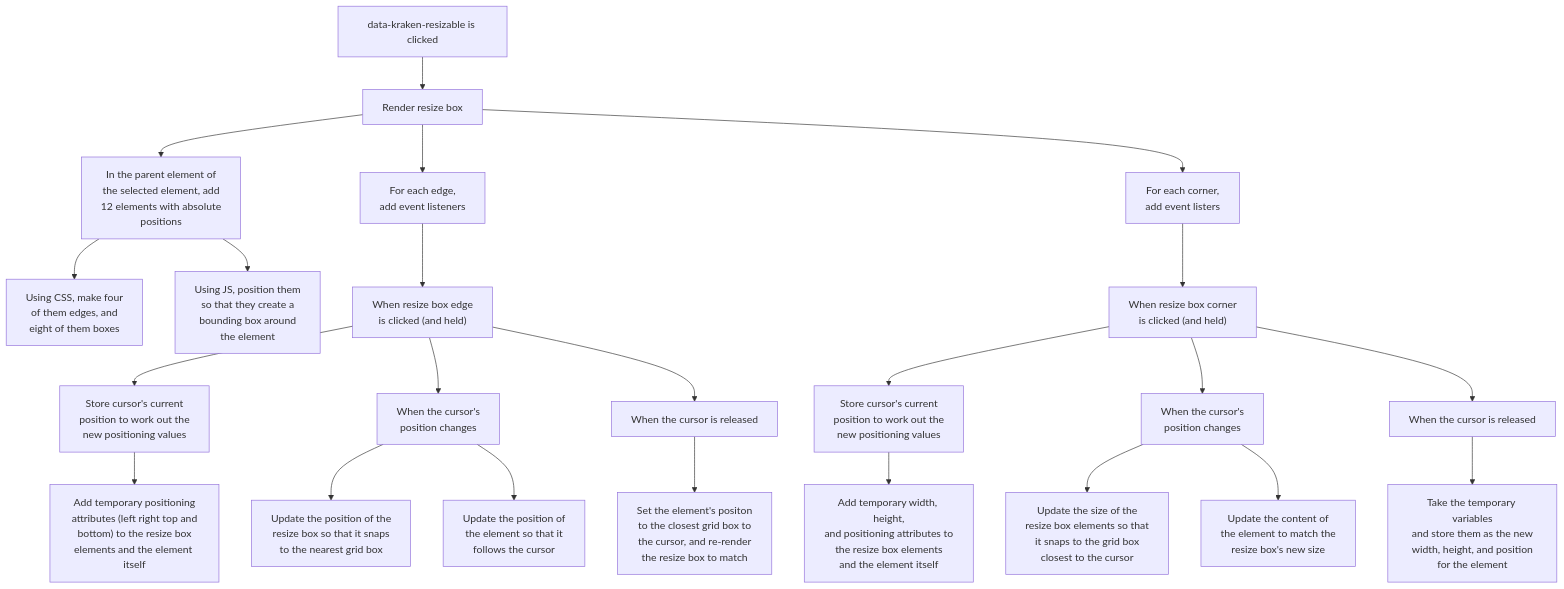
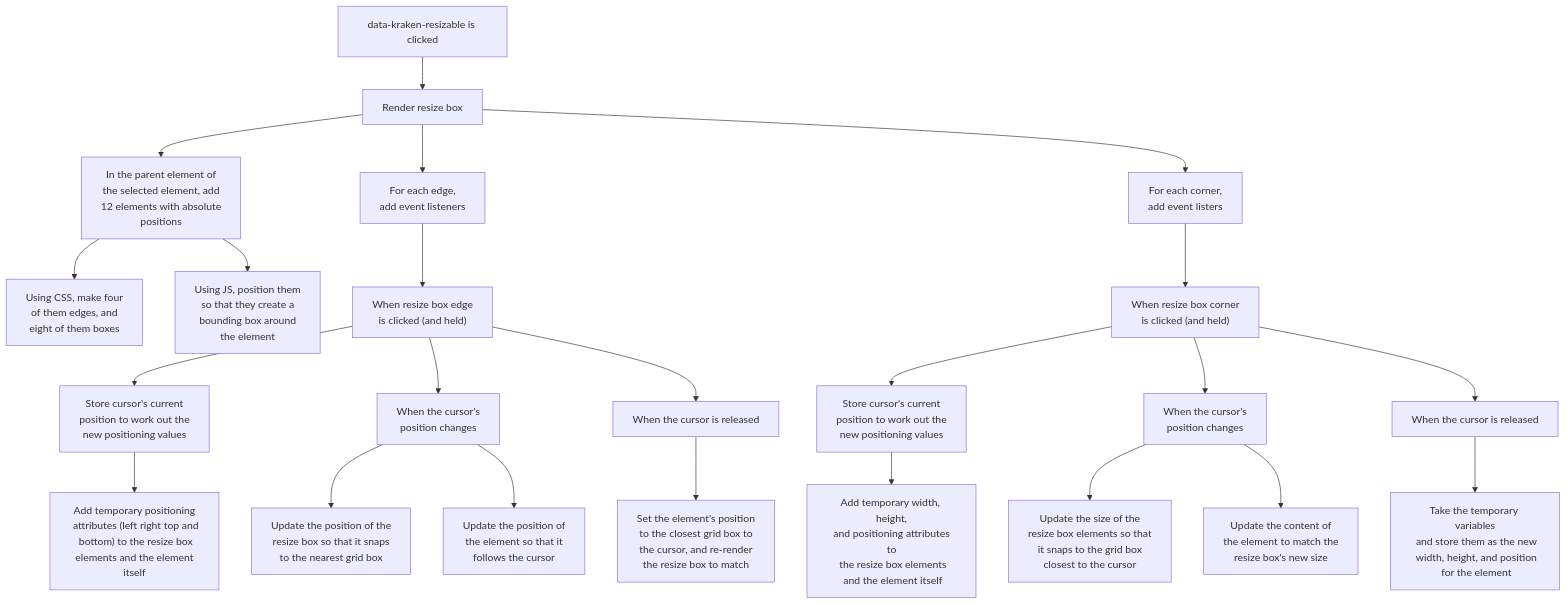
One commit to tomgxz/Kraken changed the fourth of 4 diagrams in README.md. Above: the diagram before and after it, drawn with Mermaid.

Commit message:
Added spaces

````diff
--- a/README.md
+++ b/README.md
@@ -451,31 +451,31 @@
 ```mermaid
 graph TD
     A[data-kraken-resizable is clicked] --> B[Render resize box]
 
     B --> a["In the parent element of\n the selected element, add\n 12 elements with absolute\n positions"]
     a --> b["Using CSS, make four\n of them edges, and\n eight of them boxes"]
     a --> c["Using JS, position them\n so that they create a\n bounding box around\n the element"]
 
 
-    B --> D["For each edge,\nadd event listeners"]
+    B --> D["For each edge,\n add event listeners"]
 
     D --> M["When resize box edge\nis clicked (and held)"]
-    M --> N["Store cursor's current\nposition to work out the\nnew positioning values"]
-    N --> O["Add temporary positioning\nattributes (left right top and\nbottom) to the resize box\nelements and the element itself"]
-    M --> P["When the cursor's\nposition changes"]
+    M --> N["Store cursor's current\n position to work out the\n new positioning values"]
+    N --> O["Add temporary positioning\n attributes (left right top and\n bottom) to the resize box\n elements and the element itself"]
+    M --> P["When the cursor's\n position changes"]
     P --> Q["Update the position of the\n resize box so that it snaps\n to the nearest grid box"]
     P --> R["Update the position of\n the element so that it\n follows the cursor"]
     M --> S["When the cursor is released"]
-    S --> T["Set the element's positon\nto the closest grid box to\nthe cursor, and re-render\nthe resize box to match"]
+    S --> T["Set the element's position\n to the closest grid box to\n the cursor, and re-render\n the resize box to match"]
 
-    B --> C["For each corner,\nadd event listers"]
+    B --> C["For each corner,\n add event listers"]
 
     C --> E["When resize box corner\nis clicked (and held)"]
-    E --> F["Store cursor's current\nposition to work out the\nnew positioning values"]
-    F --> G["Add temporary width, height,\nand positioning attributes to\nthe resize box elements\nand the element itself"]
-    E --> H["When the cursor's\nposition changes"]
-    H --> I["Update the size of the\nresize box elements so that\nit snaps to the grid box\nclosest to the cursor"]
-    H --> J["Update the content of\nthe element to match the\nresize box's new size"]
+    E --> F["Store cursor's current\n position to work out the\n new positioning values"]
+    F --> G["Add temporary width, height,\n and positioning attributes to\n the resize box elements\n and the element itself"]
+    E --> H["When the cursor's\n position changes"]
+    H --> I["Update the size of the\n resize box elements so that\nit snaps to the grid box\n closest to the cursor"]
+    H --> J["Update the content of\n the element to match the\n resize box's new size"]
     E --> K["When the cursor is released"]
-    K --> L["Take the temporary variables\nand store them as the new\nwidth, height, and position\nfor the element"]
+    K --> L["Take the temporary variables\n and store them as the new\n width, height, and position\n for the element"]
 ```
````
